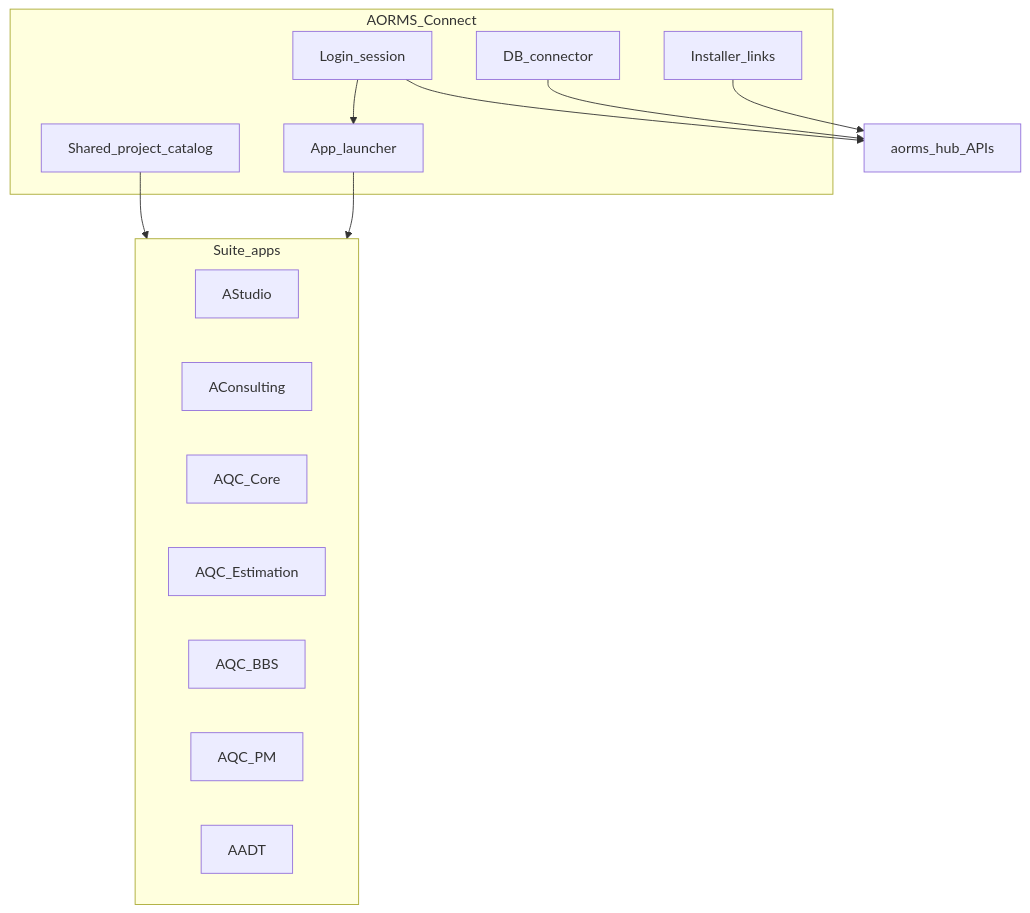
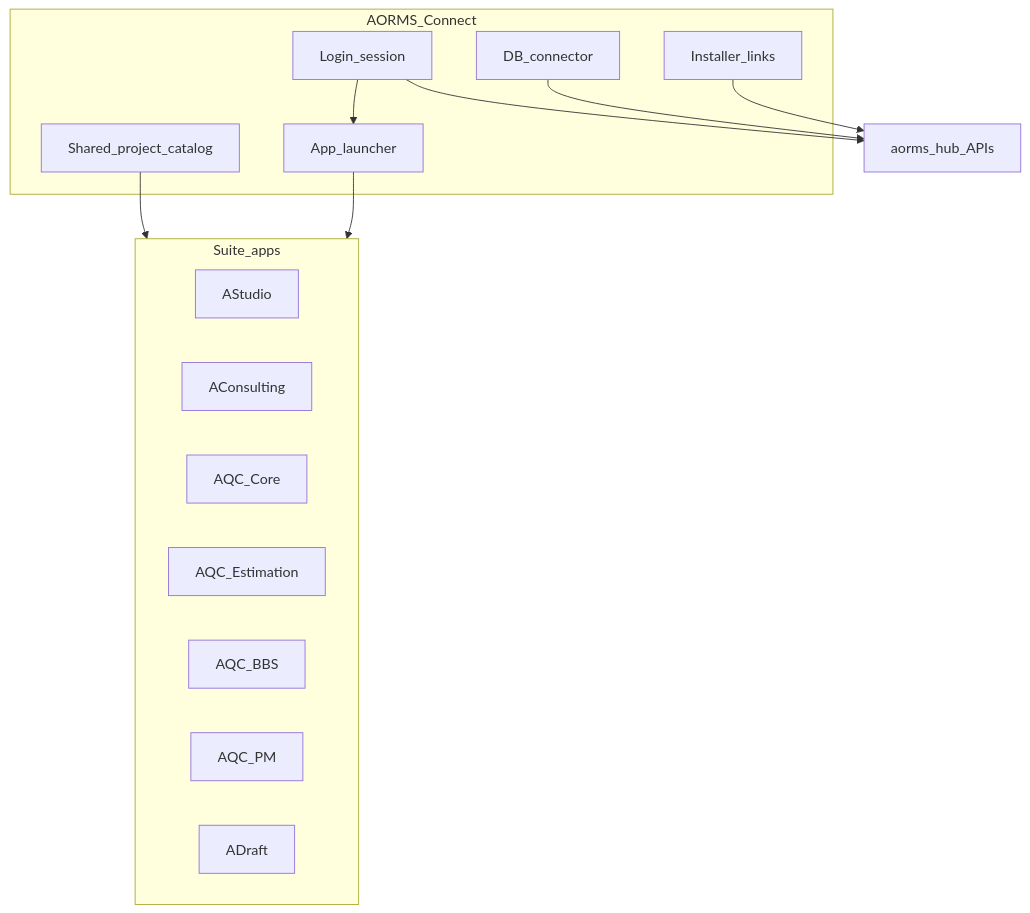
The diagram in docs/esti/AORMS-CONNECT.md (HolagundiWorks/aorms), drawn with Mermaid before and after one commit. The commit also changed other lines of this file and 38 other files, not shown here.

````diff
--- a/docs/esti/AORMS-CONNECT.md
+++ b/docs/esti/AORMS-CONNECT.md
@@ -23,26 +23,26 @@
 ```mermaid
 flowchart TB
   subgraph connect [AORMS_Connect]
     Login[Login_session]
     Launch[App_launcher]
     Catalog[Shared_project_catalog]
     DbConn[DB_connector]
     Install[Installer_links]
   end
   subgraph apps [Suite_apps]
     AS[AStudio]
     AC[AConsulting]
     CORE[AQC_Core]
     EST[AQC_Estimation]
     BBS[AQC_BBS]
     PM[AQC_PM]
-    AAD[AADT]
+    AAD[ADraft]
   end
   Hub[aorms_hub_APIs]
   Login --> Hub
   DbConn --> Hub
   Login --> Launch
   Catalog --> apps
   Launch --> apps
   Install --> Hub
 ```
````
